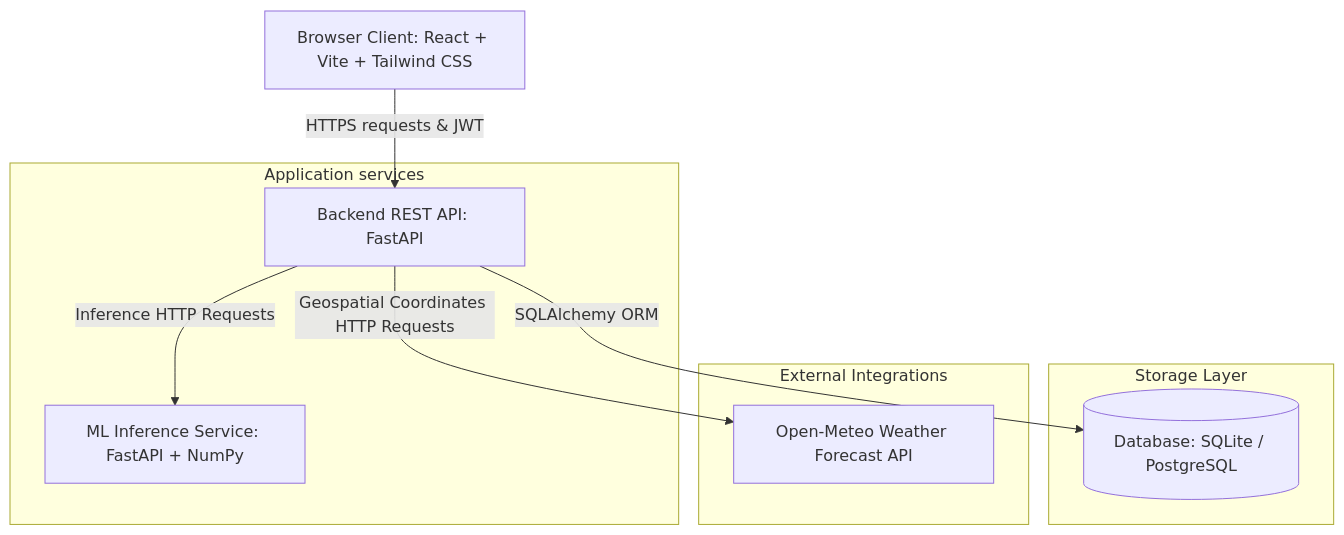
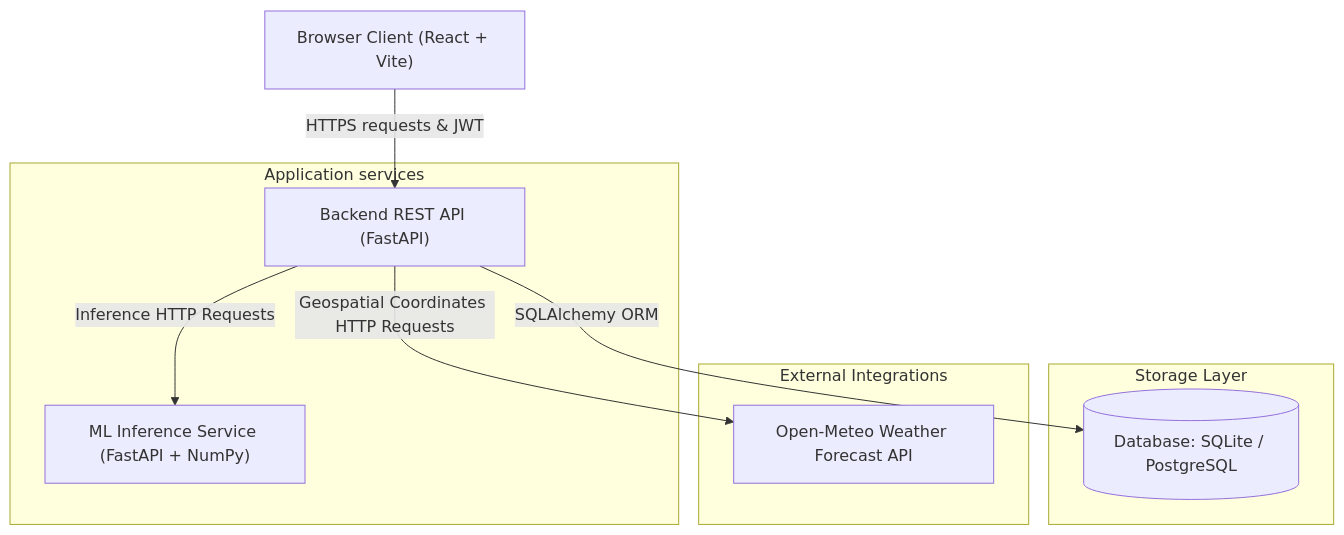
Before and after one commit to Drat47/Krishi-Saathi: the diagram in README.md, drawn with Mermaid. The commit also changed other lines of this file, not shown here.

````diff
--- a/README.md
+++ b/README.md
@@ -47,22 +55,22 @@
 ```mermaid
 graph TD
-    Client[Browser Client: React + Vite + Tailwind CSS]
+    Client["Browser Client (React + Vite)"]
     
     subgraph Application services
-        Backend[Backend REST API: FastAPI]
-        ML[ML Inference Service: FastAPI + NumPy]
+        Backend["Backend REST API (FastAPI)"]
+        ML["ML Inference Service (FastAPI + NumPy)"]
     end
     
     subgraph Storage Layer
         DB[(Database: SQLite / PostgreSQL)]
     end
     
     subgraph External Integrations
         Meteo[Open-Meteo Weather Forecast API]
     end
 
     Client -->|HTTPS requests & JWT| Backend
     Backend -->|SQLAlchemy ORM| DB
     Backend -->|Inference HTTP Requests| ML
     Backend -->|Geospatial Coordinates HTTP Requests| Meteo
 ```
````
